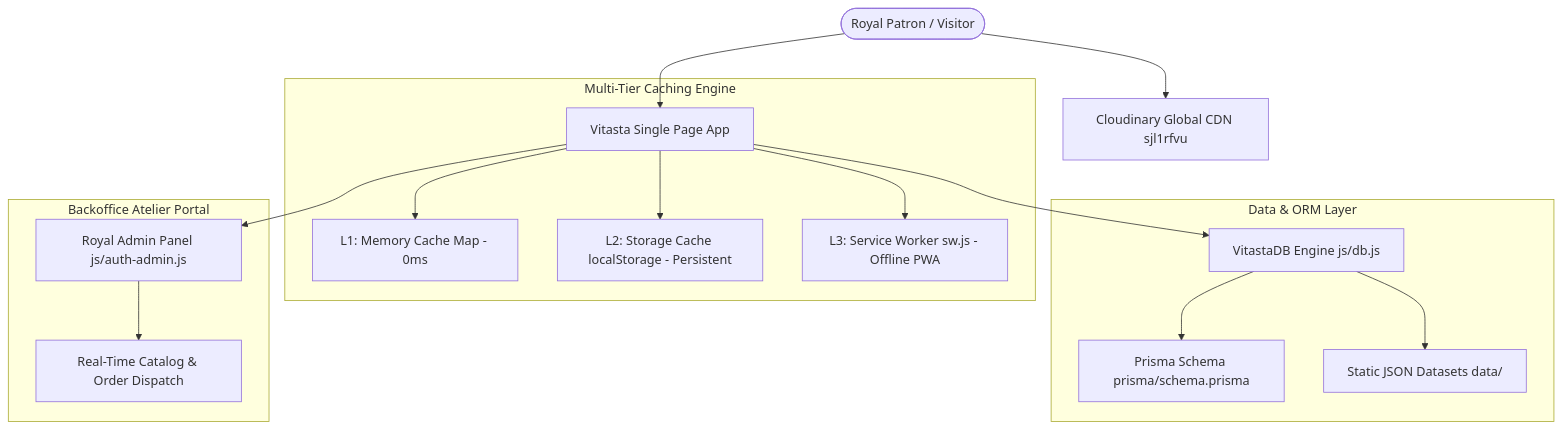
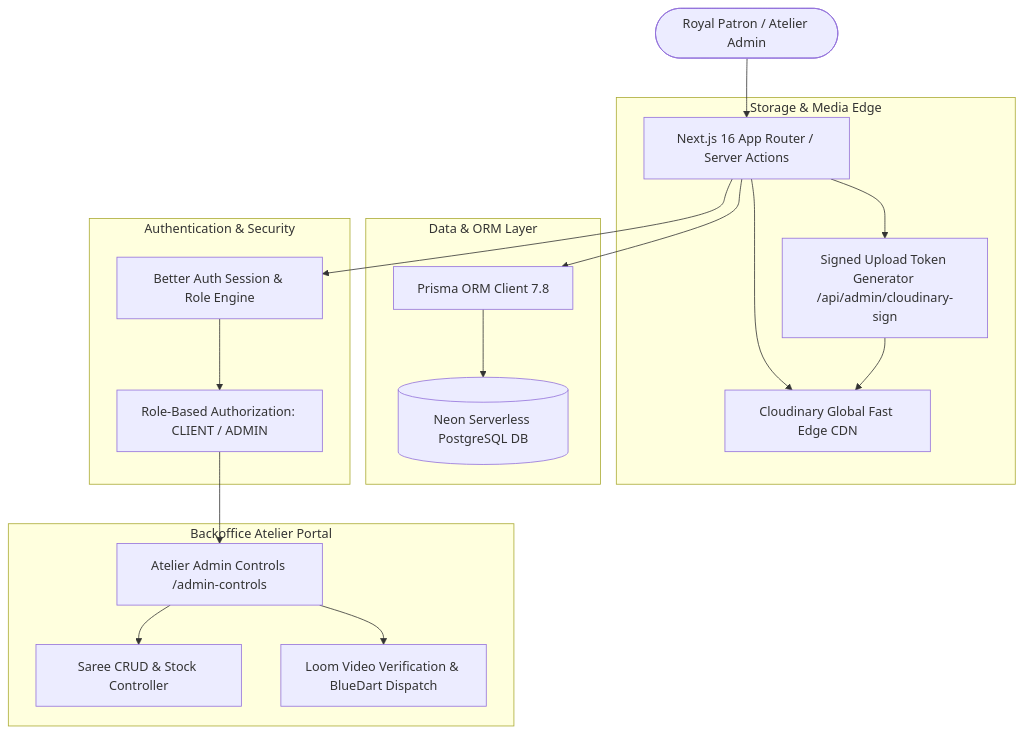
The diagram in README.md (Er-Mayank-Aggarwal/Vitasta), drawn with Mermaid before and after one commit. The commit also changed other lines of this file and 29 other files, not shown here.

First line of the commit message:
feat: integrate signed Cloudinary media uploader, update product media & refine full-stack atelier platform

````diff
--- a/README.md
+++ b/README.md
@@ -75,22 +77,26 @@
 ```mermaid
 graph TD
-    User([Royal Patron / Visitor]) --> CDN[Cloudinary Global CDN sjl1rfvu]
-    User --> App[Vitasta Single Page App]
+    Client([Royal Patron / Atelier Admin]) --> NextApp[Next.js 16 App Router / Server Actions]
     
-    subgraph Multi-Tier Caching Engine
-        App --> L1[L1: Memory Cache Map - 0ms]
-        App --> L2[L2: Storage Cache localStorage - Persistent]
-        App --> L3[L3: Service Worker sw.js - Offline PWA]
+    subgraph Storage & Media Edge
+        NextApp --> CloudinaryCDN[Cloudinary Global Fast Edge CDN]
+        NextApp --> SignAPI[Signed Upload Token Generator /api/admin/cloudinary-sign]
+        SignAPI --> CloudinaryCDN
     end
     
     subgraph Data & ORM Layer
-        App --> VitastaDB[VitastaDB Engine js/db.js]
-        VitastaDB --> Prisma[Prisma Schema prisma/schema.prisma]
-        VitastaDB --> DataJSON[Static JSON Datasets data/]
+        NextApp --> PrismaORM[Prisma ORM Client 7.8]
+        PrismaORM --> NeonDB[(Neon Serverless PostgreSQL DB)]
+    end
+    
+    subgraph Authentication & Security
+        NextApp --> BetterAuth[Better Auth Session & Role Engine]
+        BetterAuth --> RBAC[Role-Based Authorization: CLIENT / ADMIN]
     end
     
     subgraph Backoffice Atelier Portal
-        App --> Admin[Royal Admin Panel js/auth-admin.js]
-        Admin --> LiveCRUD[Real-Time Catalog & Order Dispatch]
+        RBAC --> AdminUI[Atelier Admin Controls /admin-controls]
+        AdminUI --> CatalogCRUD[Saree CRUD & Stock Controller]
+        AdminUI --> OrderPipeline[Loom Video Verification & BlueDart Dispatch]
     end
 ```
````
